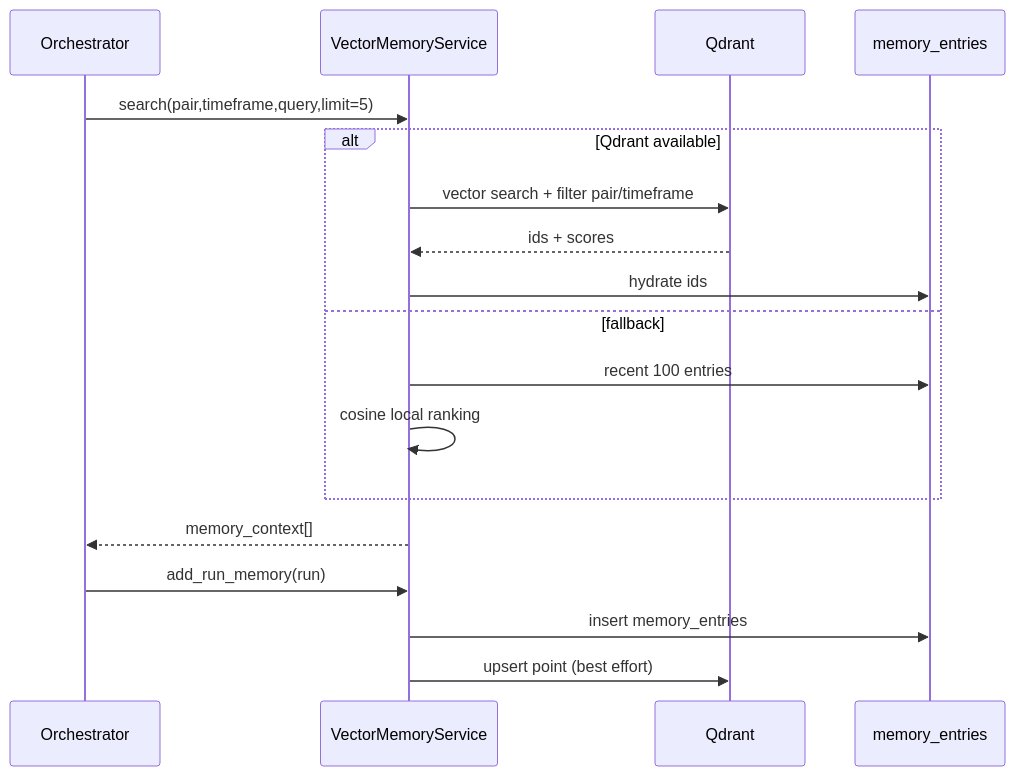
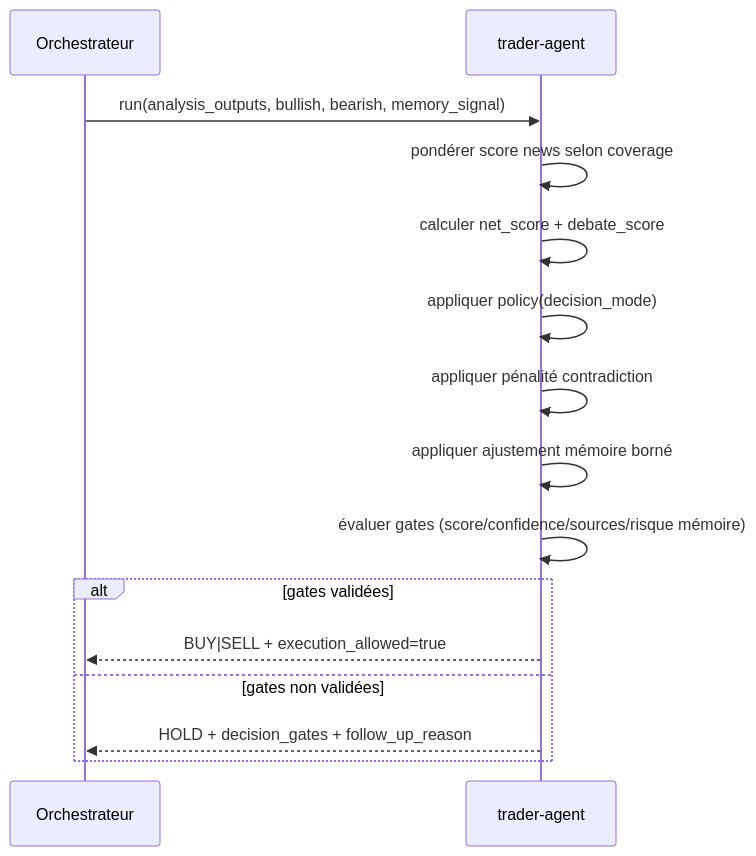
Before and after one commit to simodev25/MultiAgentTrading: the fifth of 6 diagrams in docs/agents-architecture.md, drawn with Mermaid. The commit also changed other lines of this file and 8 other files, not shown here.

````diff
--- a/docs/agents-architecture.md
+++ b/docs/agents-architecture.md
@@ -470,22 +449,18 @@
 ```mermaid
 sequenceDiagram
-    participant O as Orchestrator
-    participant M as VectorMemoryService
-    participant Q as Qdrant
-    participant DB as memory_entries
+    participant O as Orchestrateur
+    participant TR as trader-agent
 
-    O->>M: search(pair,timeframe,query,limit=5)
-    alt Qdrant available
-      M->>Q: vector search + filter pair/timeframe
-      Q-->>M: ids + scores
-      M->>DB: hydrate ids
-    else fallback
-      M->>DB: recent 100 entries
-      M->>M: cosine local ranking
+    O->>TR: run(analysis_outputs, bullish, bearish, memory_signal)
+    TR->>TR: pondérer score news selon coverage
+    TR->>TR: calculer net_score + debate_score
+    TR->>TR: appliquer policy(decision_mode)
+    TR->>TR: appliquer pénalité contradiction
+    TR->>TR: appliquer ajustement mémoire borné
+    TR->>TR: évaluer gates (score/confidence/sources/risque mémoire)
+    alt gates validées
+        TR-->>O: BUY|SELL + execution_allowed=true
+    else gates non validées
+        TR-->>O: HOLD + decision_gates + follow_up_reason
     end
-    M-->>O: memory_context[]
-
-    O->>M: add_run_memory(run)
-    M->>DB: insert memory_entries
-    M->>Q: upsert point (best effort)
 ```
````
